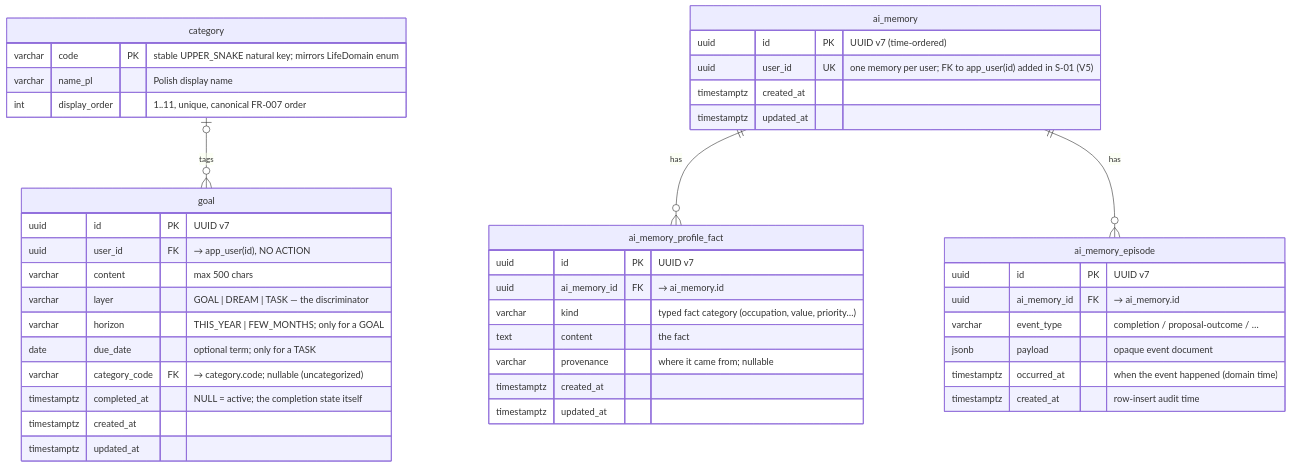
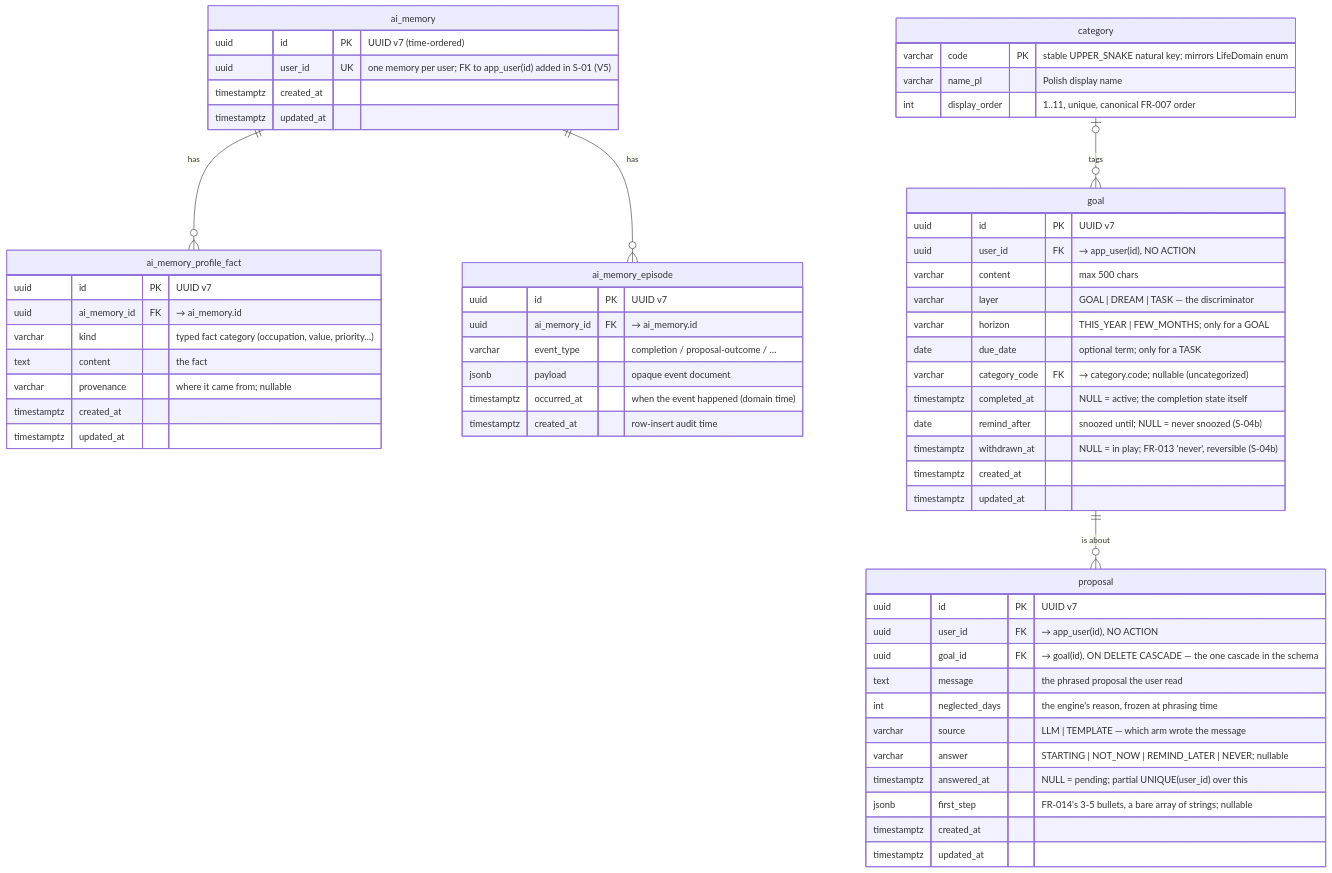
The diagram in context/foundation/data-model.md (TheDariusz/2doai), drawn with Mermaid before and after one commit. The commit also changed other lines of this file and 51 other files, not shown here.

Commit message:
feat(proposal): S-04b — LLM-phrased proposals, the four answers, and the first step (#31)

````diff
--- a/context/foundation/data-model.md
+++ b/context/foundation/data-model.md
@@ -10,50 +10,68 @@
 ```mermaid
 erDiagram
     category {
         varchar code PK "stable UPPER_SNAKE natural key; mirrors LifeDomain enum"
         varchar name_pl "Polish display name"
         int display_order "1..11, unique, canonical FR-007 order"
     }
 
     ai_memory ||--o{ ai_memory_profile_fact : has
     ai_memory ||--o{ ai_memory_episode : has
 
     ai_memory {
         uuid id PK "UUID v7 (time-ordered)"
         uuid user_id UK "one memory per user; FK to app_user(id) added in S-01 (V5)"
         timestamptz created_at
         timestamptz updated_at
     }
     ai_memory_profile_fact {
         uuid id PK "UUID v7"
         uuid ai_memory_id FK "→ ai_memory.id"
         varchar kind "typed fact category (occupation, value, priority…)"
         text content "the fact"
         varchar provenance "where it came from; nullable"
         timestamptz created_at
         timestamptz updated_at
     }
     ai_memory_episode {
         uuid id PK "UUID v7"
         uuid ai_memory_id FK "→ ai_memory.id"
         varchar event_type "completion / proposal-outcome / …"
         jsonb payload "opaque event document"
         timestamptz occurred_at "when the event happened (domain time)"
         timestamptz created_at "row-insert audit time"
     }
 
     category |o--o{ goal : "tags"
 
     goal {
         uuid id PK "UUID v7"
         uuid user_id FK "→ app_user(id), NO ACTION"
         varchar content "max 500 chars"
         varchar layer "GOAL | DREAM | TASK — the discriminator"
         varchar horizon "THIS_YEAR | FEW_MONTHS; only for a GOAL"
         date due_date "optional term; only for a TASK"
         varchar category_code FK "→ category.code; nullable (uncategorized)"
         timestamptz completed_at "NULL = active; the completion state itself"
+        date remind_after "snoozed until; NULL = never snoozed (S-04b)"
+        timestamptz withdrawn_at "NULL = in play; FR-013 'never', reversible (S-04b)"
+        timestamptz created_at
+        timestamptz updated_at
+    }
+
+    goal ||--o{ proposal : "is about"
+
+    proposal {
+        uuid id PK "UUID v7"
+        uuid user_id FK "→ app_user(id), NO ACTION"
+        uuid goal_id FK "→ goal(id), ON DELETE CASCADE — the one cascade in the schema"
+        text message "the phrased proposal the user read"
+        int neglected_days "the engine's reason, frozen at phrasing time"
+        varchar source "LLM | TEMPLATE — which arm wrote the message"
+        varchar answer "STARTING | NOT_NOW | REMIND_LATER | NEVER; nullable"
+        timestamptz answered_at "NULL = pending; partial UNIQUE(user_id) over this"
+        jsonb first_step "FR-014's 3-5 bullets, a bare array of strings; nullable"
         timestamptz created_at
         timestamptz updated_at
     }
 ```
````
